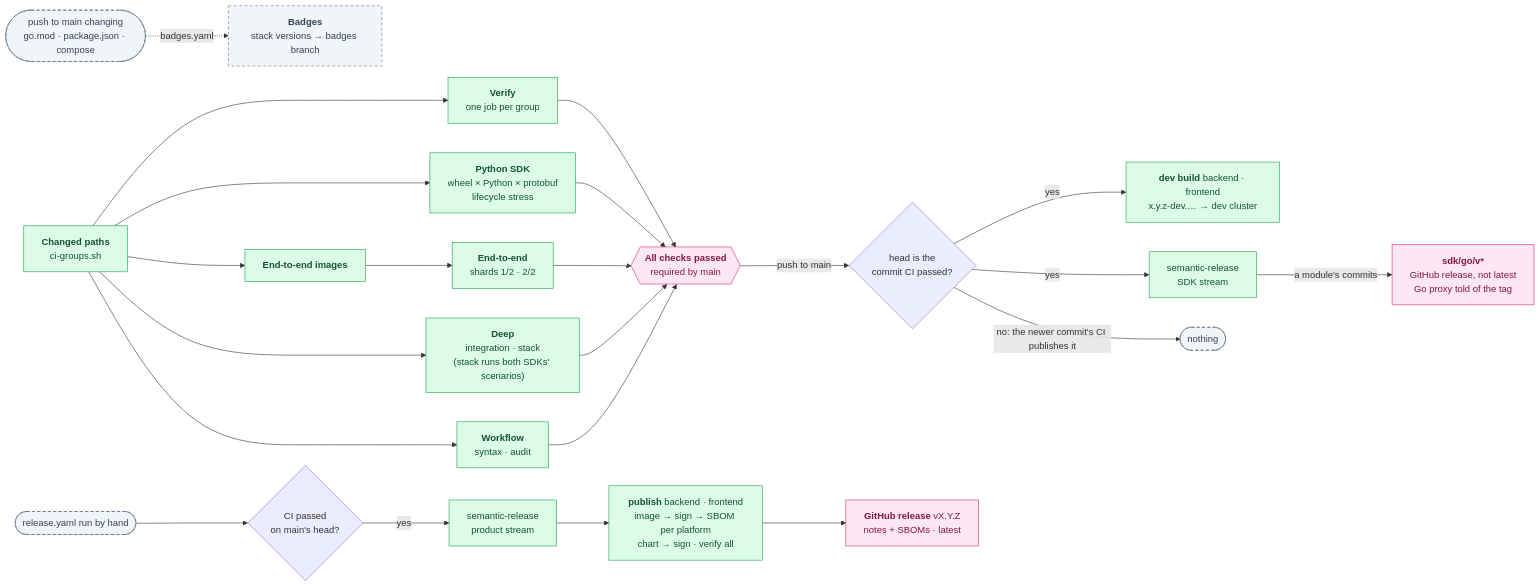
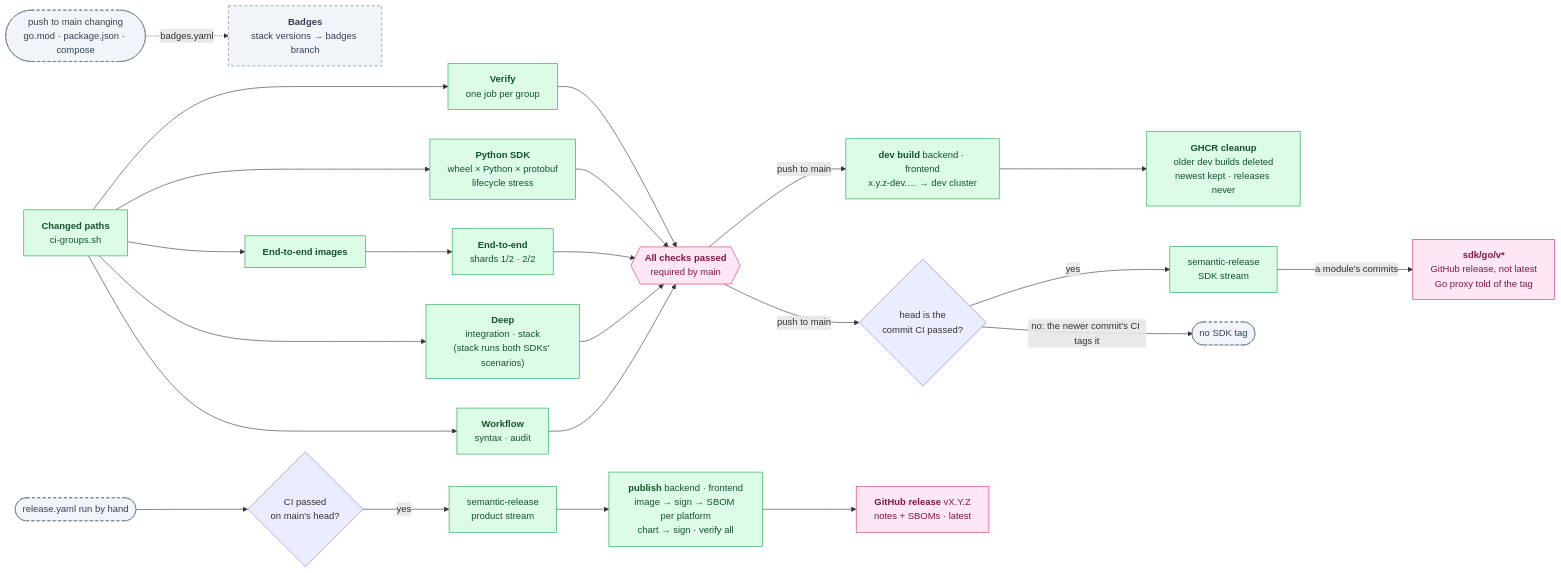
One commit to oleg-tkachuk/paladin changed the diagram in docs/how-changes-land.md. Above: the diagram before and after it, drawn with Mermaid. The commit also changed other lines of this file and 7 other files, not shown here.

Commit message:
docs(release): describe the release flow, dev-build cleanup and e2e teardown as they run

````diff
--- a/docs/how-changes-land.md
+++ b/docs/how-changes-land.md
@@ -43,39 +46,41 @@
 ```mermaid
 flowchart LR
     chg["<b>Changed paths</b><br/>ci-groups.sh"]
     v["<b>Verify</b><br/>one job per group"]
     py["<b>Python SDK</b><br/>wheel × Python × protobuf<br/>lifecycle stress"]
     img["<b>End-to-end images</b>"]
     e2e["<b>End-to-end</b><br/>shards 1/2 · 2/2"]
     deep["<b>Deep</b><br/>integration · stack<br/>(stack runs both SDKs' scenarios)"]
     wf["<b>Workflow</b><br/>syntax · audit"]
     ok{{"<b>All checks passed</b><br/>required by main"}}
     head{"head is the<br/>commit CI passed?"}
     dev["<b>dev build</b> backend · frontend<br/>x.y.z-dev.… → dev cluster"]
+    clean["<b>GHCR cleanup</b><br/>older dev builds deleted<br/>newest kept · releases never"]
     sdk["semantic-release<br/>SDK stream"]
     hand(["release.yaml run by hand"])
     passed{"CI passed<br/>on main's head?"}
     tag["semantic-release<br/>product stream"]
     pub["<b>publish</b> backend · frontend<br/>image → sign → SBOM per platform<br/>chart → sign · verify all"]
     ann["<b>GitHub release</b> vX.Y.Z<br/>notes + SBOMs · latest"]
     mods["<b>sdk/go/v*</b><br/>GitHub release, not latest<br/>Go proxy told of the tag"]
     badges["<b>Badges</b><br/>stack versions → badges branch"]
 
     chg --> v & py & img & deep & wf
     img --> e2e
     v & py & e2e & deep & wf --> ok
-    ok -- "push to main" --> head
-    head -- yes --> dev & sdk
+    ok -- "push to main" --> dev & head
+    dev --> clean
+    head -- yes --> sdk
     sdk -- "a module's commits" --> mods
-    head -- "no: the newer commit's CI publishes it" --> skip(["nothing"])
+    head -- "no: the newer commit's CI tags it" --> skip(["no SDK tag"])
     hand --> passed
     passed -- yes --> tag --> pub --> ann
     pin(["push to main changing<br/>go.mod · package.json · compose"]) -. "badges.yaml" .-> badges
 
     classDef role fill:#DCFCE7,stroke:#16A34A,color:#14532D
     classDef optional fill:#F1F5F9,stroke:#64748B,color:#334155,stroke-dasharray:5 4
     classDef external fill:#FCE7F3,stroke:#DB2777,color:#831843
-    class chg,v,py,img,e2e,deep,wf,tag,pub,dev,sdk role
+    class chg,v,py,img,e2e,deep,wf,tag,pub,dev,clean,sdk role
     class skip,badges,pin,hand optional
     class ok,ann,mods external
 ```
````
